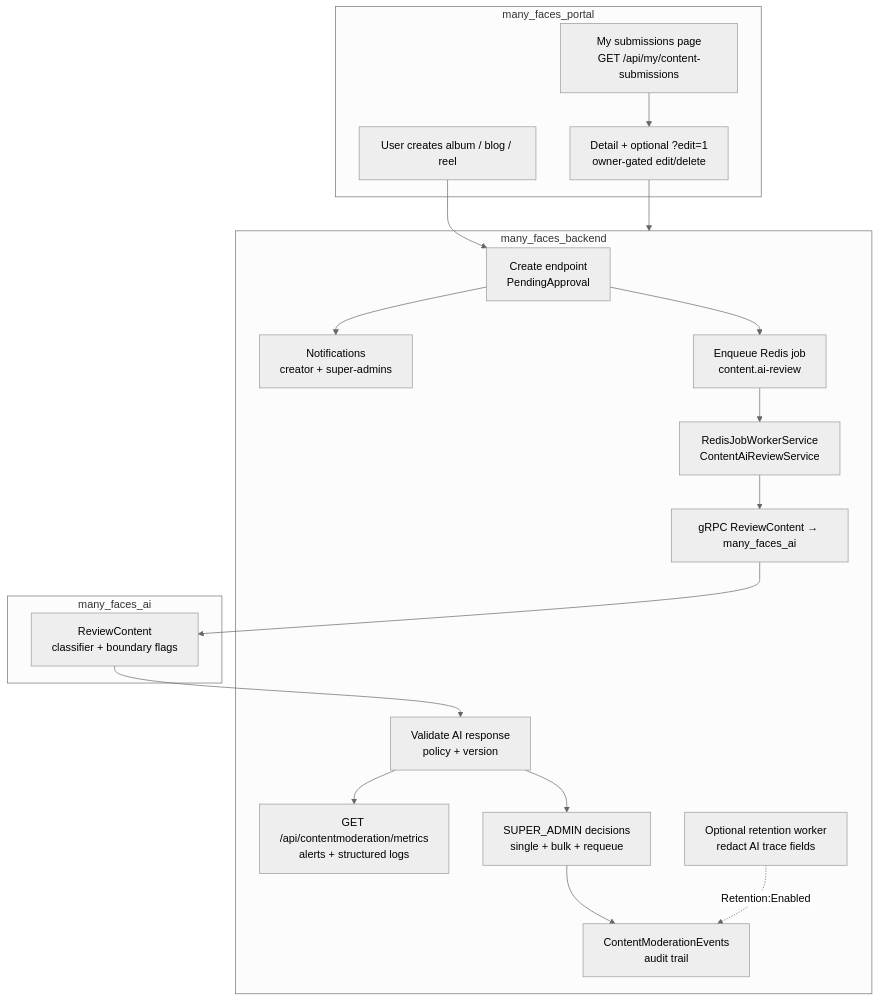
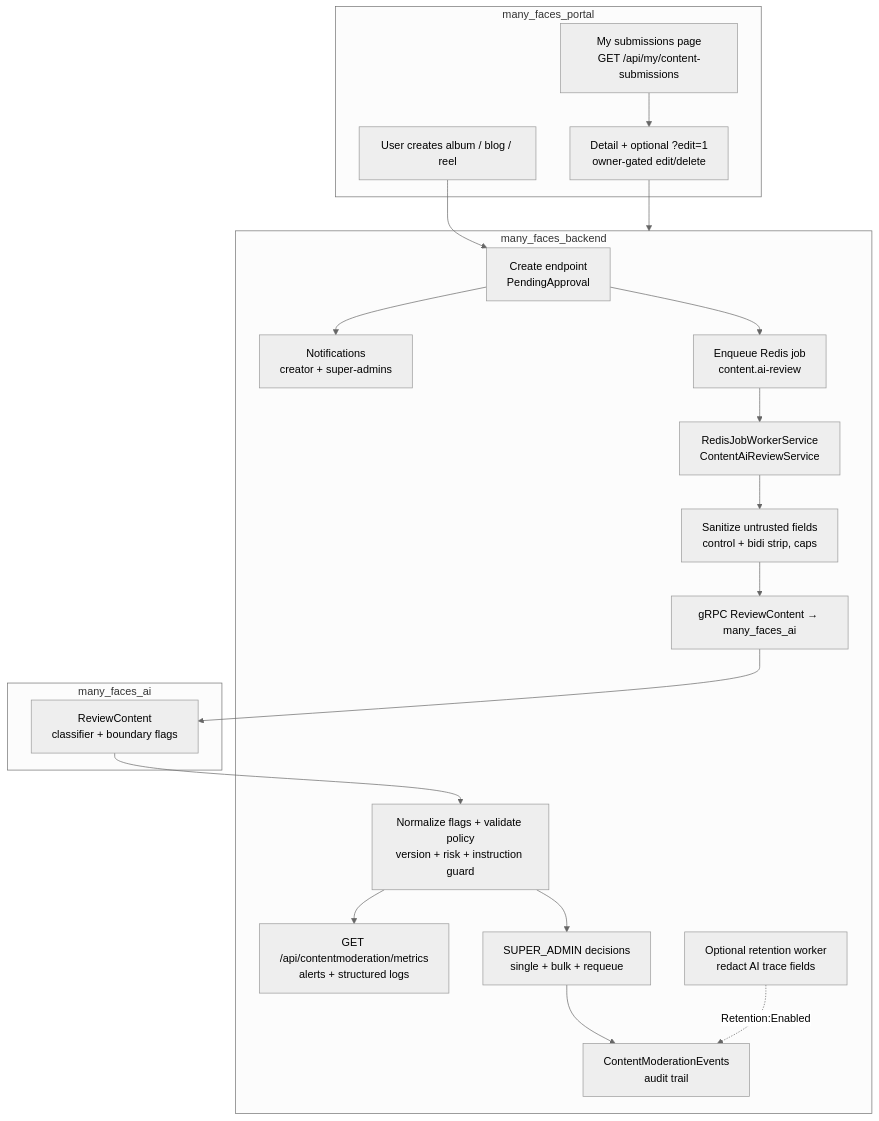
Before and after one commit to 01laky/mfai_demo: the diagram in docs/guides/ai-assisted-content-approval.md, drawn with Mermaid (neutral theme). The commit also changed other lines of this file and 1 other file, not shown here.

First line of the commit message:
docs: moderation untrusted-input defenses and submodule updates

````diff
--- a/docs/guides/ai-assisted-content-approval.md
+++ b/docs/guides/ai-assisted-content-approval.md
@@ -71,39 +71,41 @@
 ```mermaid
 flowchart TD
     subgraph fe["many_faces_portal"]
         U["User creates album / blog / reel"]
         MS["My submissions page<br/>GET /api/my/content-submissions"]
         D["Detail + optional ?edit=1<br/>owner-gated edit/delete"]
     end
 
     subgraph be["many_faces_backend"]
         C["Create endpoint<br/>PendingApproval"]
         N["Notifications<br/>creator + super-admins"]
         J["Enqueue Redis job<br/>content.ai-review"]
         W["RedisJobWorkerService<br/>ContentAiReviewService"]
+        S["Sanitize untrusted fields<br/>control + bidi strip, caps"]
         G["gRPC ReviewContent → many_faces_ai"]
-        V["Validate AI response<br/>policy + version"]
+        V["Normalize flags + validate policy<br/>version + risk + instruction guard"]
         M["GET /api/contentmoderation/metrics<br/>alerts + structured logs"]
         A["SUPER_ADMIN decisions<br/>single + bulk + requeue"]
         E["ContentModerationEvents<br/>audit trail"]
         R["Optional retention worker<br/>redact AI trace fields"]
     end
 
     subgraph ai["many_faces_ai"]
         RC["ReviewContent<br/>classifier + boundary flags"]
     end
 
     U --> C
     C --> N
     C --> J
     J --> W
-    W --> G
+    W --> S
+    S --> G
     G --> RC
     RC --> V
     V --> M
     V --> A
     A --> E
     MS --> D
     D --> be
     R -.->|"Retention:Enabled"| E
 ```
````
